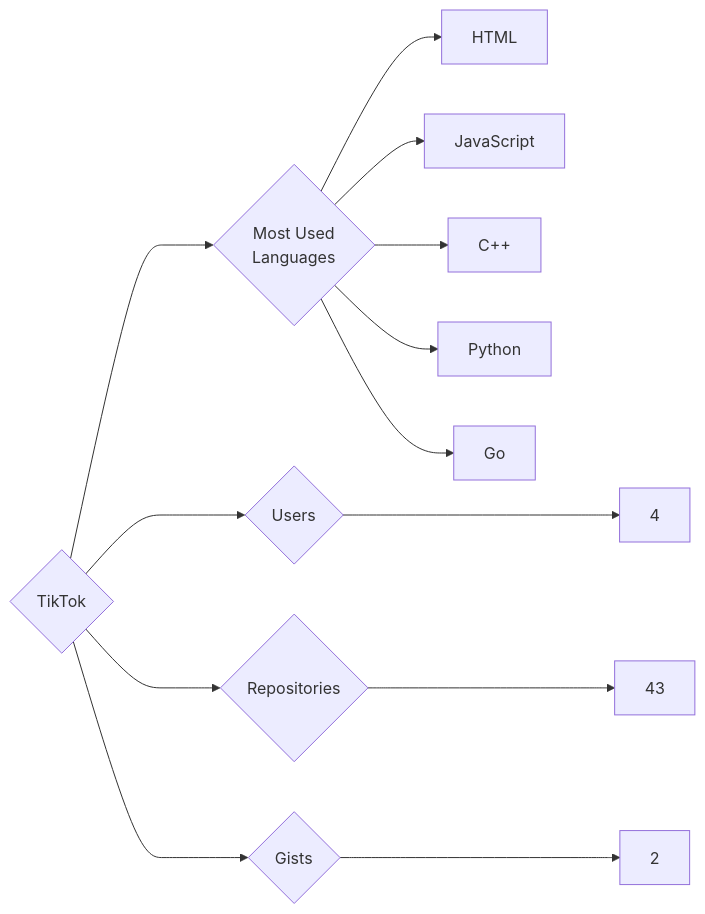
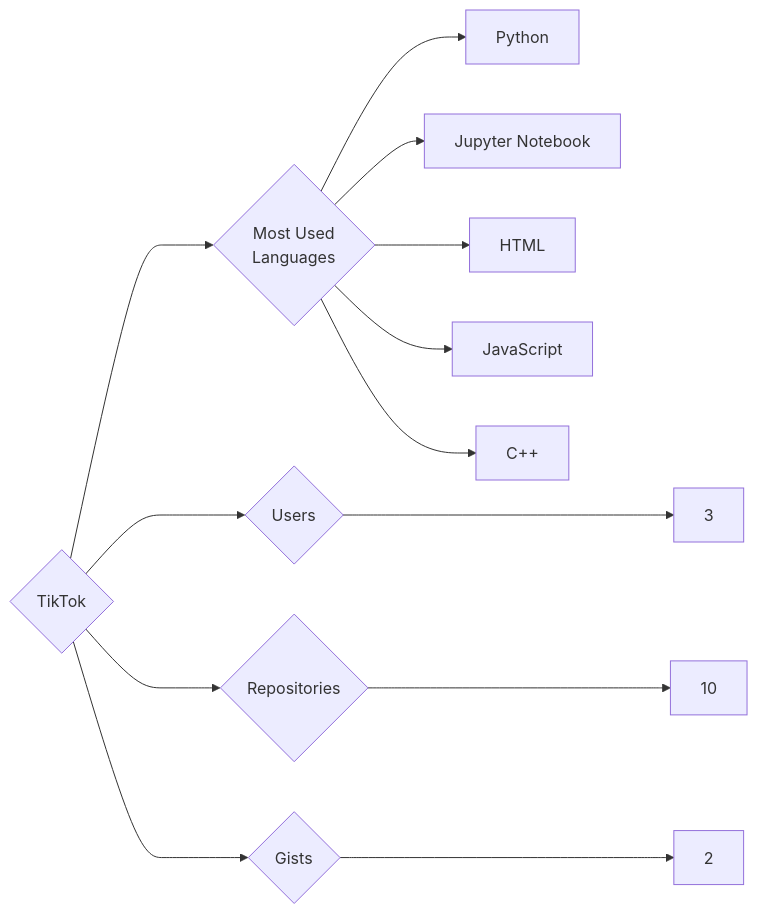
Before and after one commit to trickest/insiders: the diagram in targets/TikTok/README.md, drawn with Mermaid. The commit also changed 582 other files, not shown here.

````diff
--- a/targets/TikTok/README.md
+++ b/targets/TikTok/README.md
@@ -3,13 +3,13 @@
 ```mermaid
 graph LR
 COMPANY_NAME{TikTok}
-COMPANY_NAME ---> U{Users} ---> UN[4]
-COMPANY_NAME ---> R{Repositories} ---> RN[43]
+COMPANY_NAME ---> U{Users} ---> UN[3]
+COMPANY_NAME ---> R{Repositories} ---> RN[10]
 COMPANY_NAME ---> G{Gists} ---> GN[2]
 COMPANY_NAME ---> ML{Most Used<br>Languages}
+ML --> Python[Python]
+ML --> Jupyter_Notebook[Jupyter Notebook]
 ML --> HTML[HTML]
 ML --> JavaScript[JavaScript]
 ML --> C++[C++]
-ML --> Python[Python]
-ML --> Go[Go]
 ```
````
